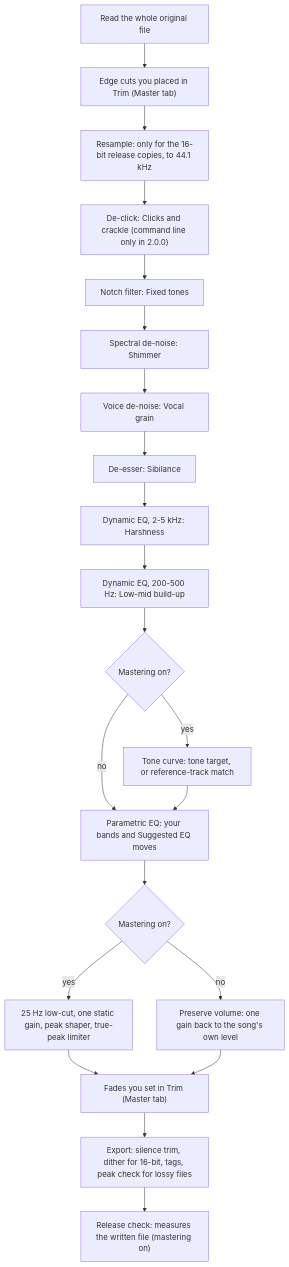
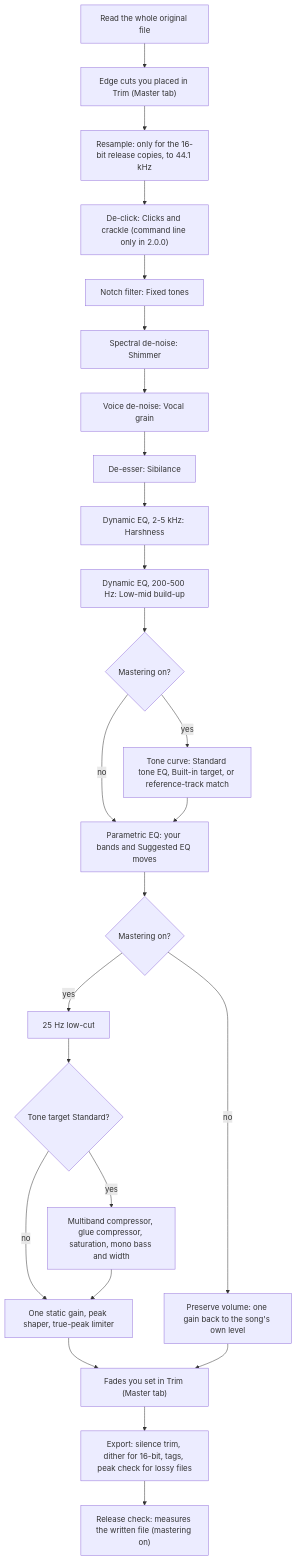
Before and after one commit to henricksmedia/shimmer: the diagram in docs/FEATURES.md, drawn with Mermaid. The commit also changed other lines of this file and 21 other files, not shown here.

Commit message:
Standard mastering as the default tone target

````diff
--- a/docs/FEATURES.md
+++ b/docs/FEATURES.md
@@ -59,23 +59,27 @@
 ```mermaid
 flowchart TD
   A["Read the whole original file"] --> B["Edge cuts you placed in Trim (Master tab)"]
   B --> C["Resample: only for the 16-bit release copies, to 44.1 kHz"]
   C --> D["De-click: Clicks and crackle (command line only in 2.0.0)"]
   D --> E["Notch filter: Fixed tones"]
   E --> F["Spectral de-noise: Shimmer"]
   F --> F2["Voice de-noise: Vocal grain"]
   F2 --> G["De-esser: Sibilance"]
   G --> H["Dynamic EQ, 2-5 kHz: Harshness"]
   H --> I["Dynamic EQ, 200-500 Hz: Low-mid build-up"]
   I --> J{"Mastering on?"}
-  J -- yes --> K["Tone curve: tone target, or reference-track match"]
+  J -- yes --> K["Tone curve: Standard tone EQ, Built-in target, or reference-track match"]
   J -- no --> L
   K --> L["Parametric EQ: your bands and Suggested EQ moves"]
   L --> M{"Mastering on?"}
-  M -- yes --> N["25 Hz low-cut, one static gain, peak shaper, true-peak limiter"]
+  M -- yes --> LC["25 Hz low-cut"]
+  LC --> SM{"Tone target Standard?"}
+  SM -- yes --> SC["Multiband compressor, glue compressor, saturation, mono bass and width"]
+  SM -- no --> N
+  SC --> N["One static gain, peak shaper, true-peak limiter"]
   M -- no --> O["Preserve volume: one gain back to the song's own level"]
   N --> FD["Fades you set in Trim (Master tab)"]
   O --> FD
   FD --> P["Export: silence trim, dither for 16-bit, tags, peak check for lossy files"]
   P --> Q["Release check: measures the written file (mastering on)"]
 ```
````
